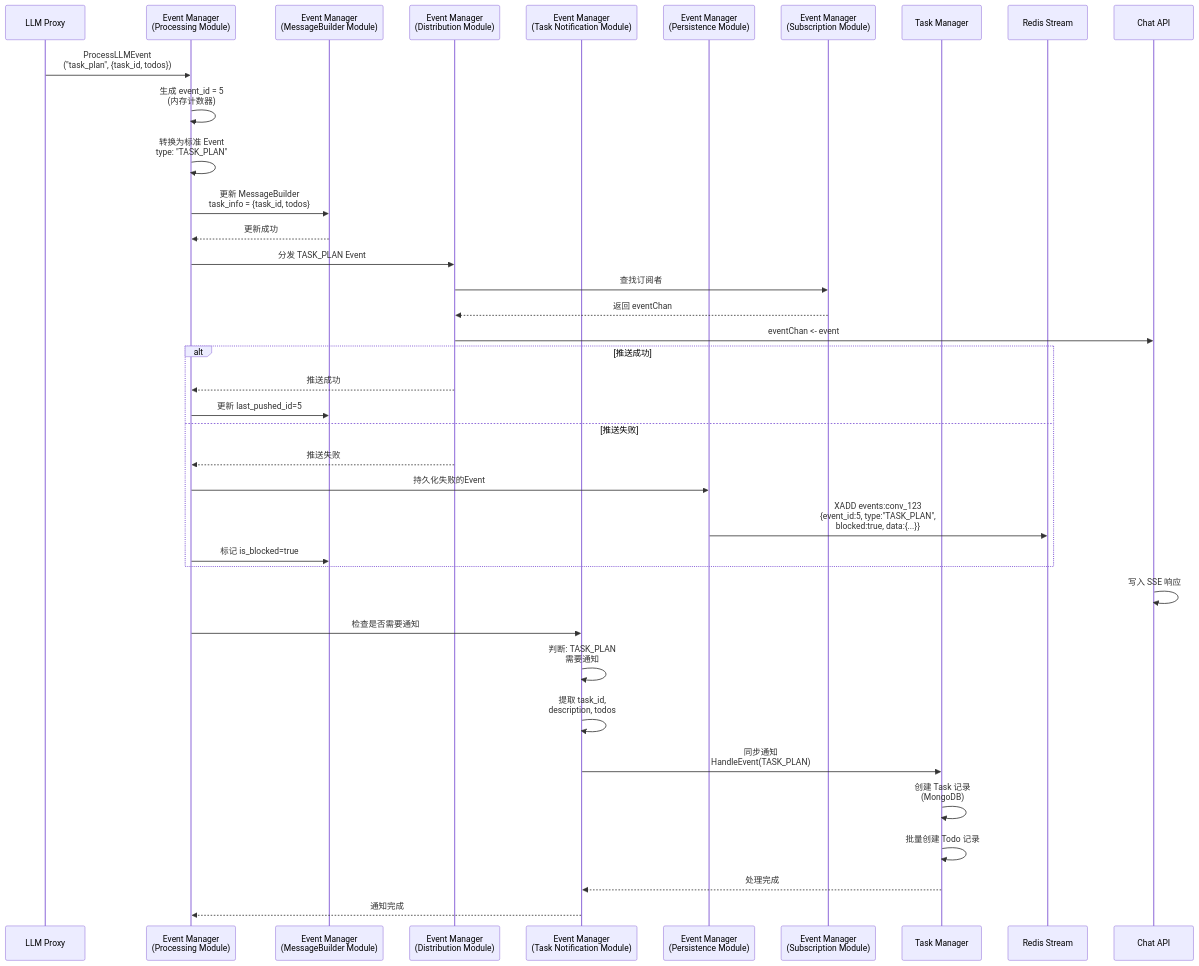
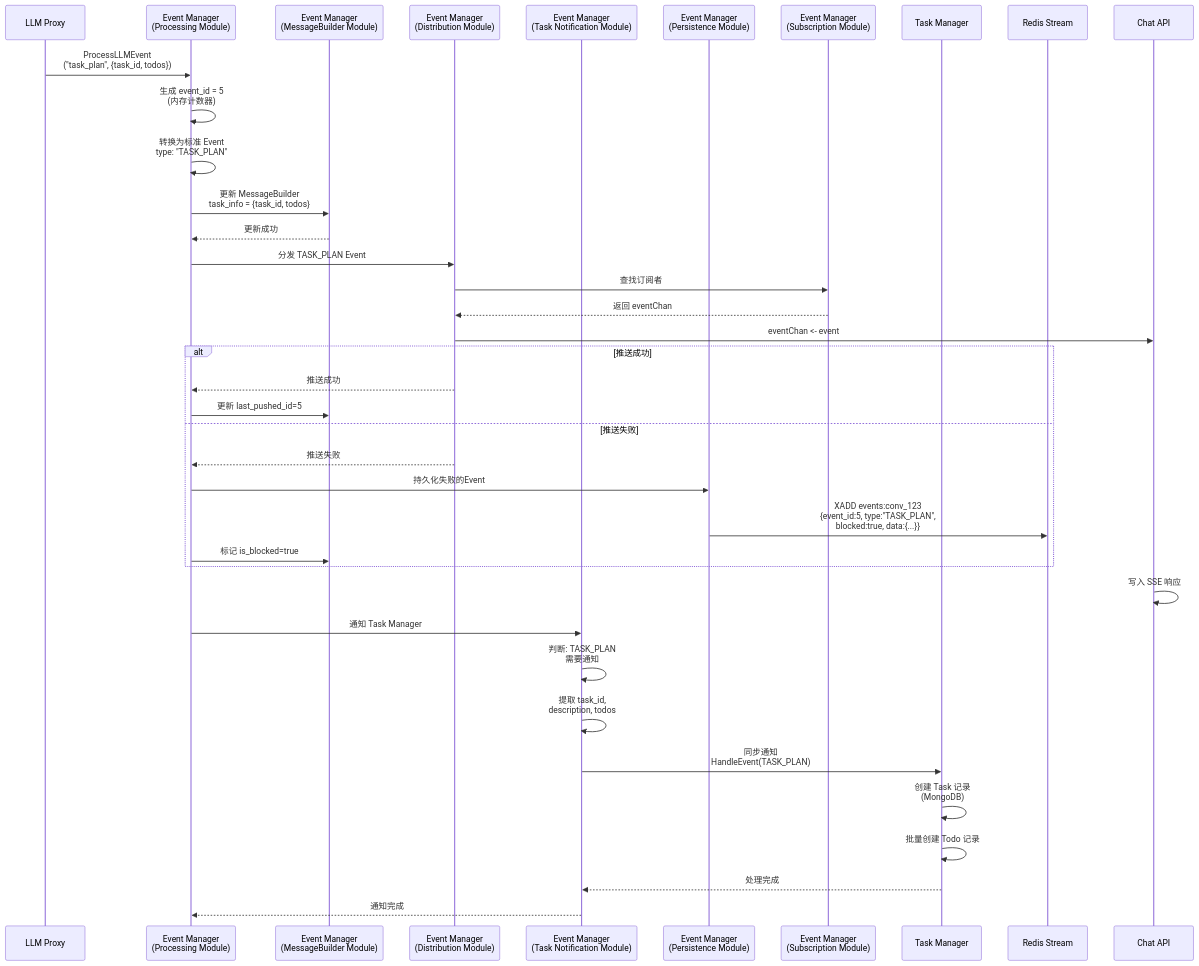
One commit to yingjianzh/iodraw-files changed the diagram in all/未命名-10.md. Above: the diagram before and after it, drawn with Mermaid.

Commit message:
2025-12-24 11:15:09 update

````diff
--- a/all/未命名-10.md
+++ b/all/未命名-10.md
@@ -1,51 +1,51 @@
 ```mermaid
 sequenceDiagram
     participant LLMProxy as LLM Proxy
     participant ProcMod as Event Manager<br/>(Processing Module)
     participant BuilderMod as Event Manager<br/>(MessageBuilder Module)
     participant DistribMod as Event Manager<br/>(Distribution Module)
     participant TaskNotifMod as Event Manager<br/>(Task Notification Module)
     participant PersistMod as Event Manager<br/>(Persistence Module)
     participant SubMod as Event Manager<br/>(Subscription Module)
     participant TaskMgr as Task Manager
     participant Redis as Redis Stream
     participant ChatAPI as Chat API
 
     LLMProxy->>ProcMod: ProcessLLMEvent<br/>("task_plan", {task_id, todos})
 
     ProcMod->>ProcMod: 生成 event_id = 5<br/>(内存计数器)
     
     ProcMod->>ProcMod: 转换为标准 Event<br/>type: "TASK_PLAN"
     
     ProcMod->>BuilderMod: 更新 MessageBuilder<br/>task_info = {task_id, todos}
     BuilderMod-->>ProcMod: 更新成功
     
     ProcMod->>DistribMod: 分发 TASK_PLAN Event
     DistribMod->>SubMod: 查找订阅者
     SubMod-->>DistribMod: 返回 eventChan
     DistribMod->>ChatAPI: eventChan <- event
     
     alt 推送成功
         DistribMod-->>ProcMod: 推送成功
         ProcMod->>BuilderMod: 更新 last_pushed_id=5
     else 推送失败
         DistribMod-->>ProcMod: 推送失败
         ProcMod->>PersistMod: 持久化失败的Event
         PersistMod->>Redis: XADD events:conv_123<br/>{event_id:5, type:"TASK_PLAN",<br/>blocked:true, data:{...}}
         ProcMod->>BuilderMod: 标记 is_blocked=true
     end
     
     ChatAPI->>ChatAPI: 写入 SSE 响应
     
-    ProcMod->>TaskNotifMod: 检查是否需要通知
+    ProcMod->>TaskNotifMod:  通知 Task Manager
     TaskNotifMod->>TaskNotifMod: 判断: TASK_PLAN<br/>需要通知
     
     TaskNotifMod->>TaskNotifMod: 提取 task_id,<br/>description, todos
     
     TaskNotifMod->>TaskMgr: 同步通知<br/>HandleEvent(TASK_PLAN)
     TaskMgr->>TaskMgr: 创建 Task 记录<br/>(MongoDB)
     TaskMgr->>TaskMgr: 批量创建 Todo 记录
     TaskMgr-->>TaskNotifMod: 处理完成
     
     TaskNotifMod-->>ProcMod: 通知完成
 ```
````
